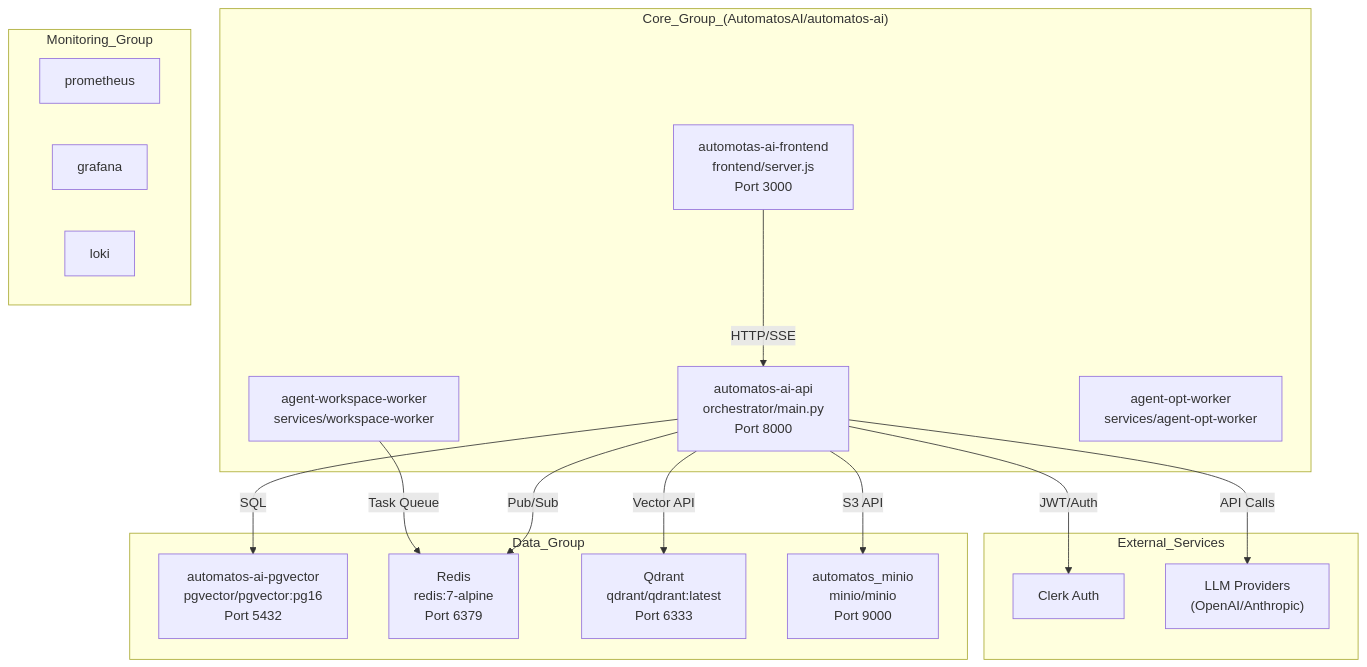
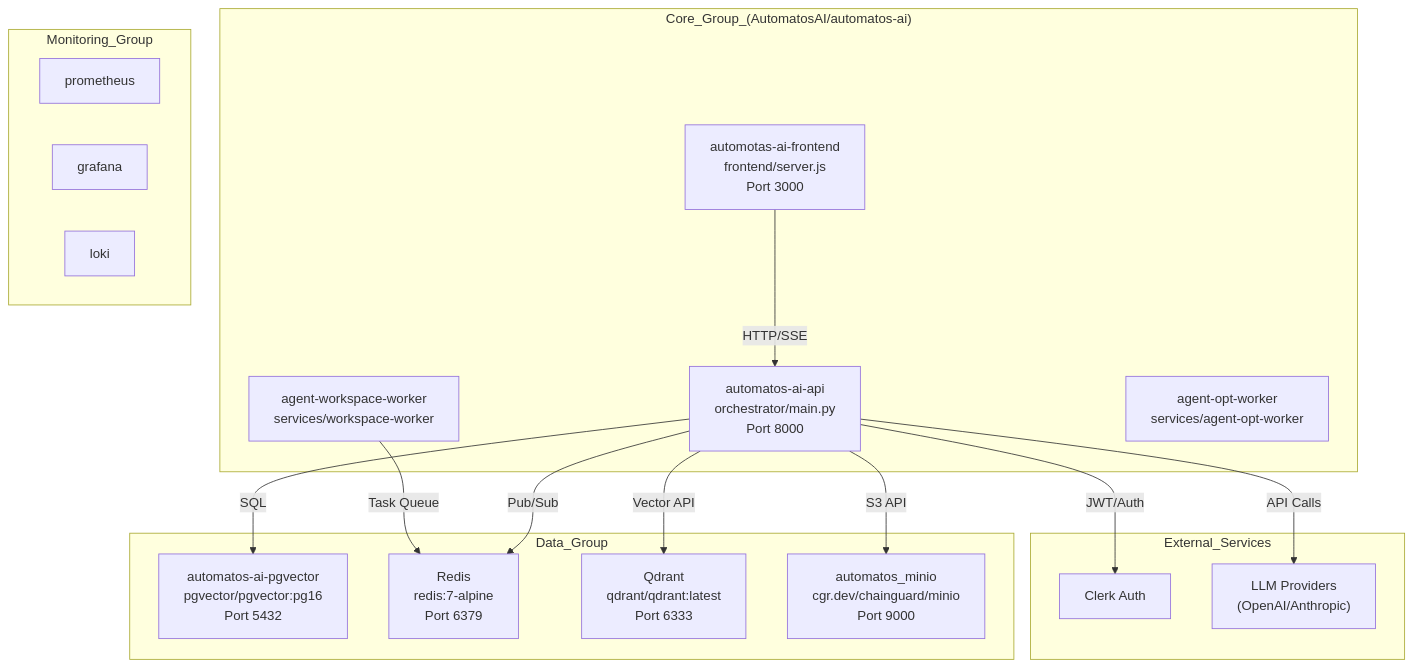
Before and after one commit to AutomatosAI/automatos-ai: the diagram in docs/deployment-infrastructure/_index.md, drawn with Mermaid. The commit also changed 8 other files, not shown here.

````diff
--- a/docs/deployment-infrastructure/_index.md
+++ b/docs/deployment-infrastructure/_index.md
@@ -44,36 +44,36 @@
 ```mermaid
 graph TB
     subgraph "Core_Group_(AutomatosAI/automatos-ai)"
         API["automatos-ai-api<br/>orchestrator/main.py<br/>Port 8000"]
         UI["automotas-ai-frontend<br/>frontend/server.js<br/>Port 3000"]
         WorkWorker["agent-workspace-worker<br/>services/workspace-worker"]
         OptWorker["agent-opt-worker<br/>services/agent-opt-worker"]
     end
     
     subgraph "Data_Group"
         PG["automatos-ai-pgvector<br/>pgvector/pgvector:pg16<br/>Port 5432"]
         Redis["Redis<br/>redis:7-alpine<br/>Port 6379"]
         Qdrant["Qdrant<br/>qdrant/qdrant:latest<br/>Port 6333"]
-        MinIO["automatos_minio<br/>minio/minio<br/>Port 9000"]
+        MinIO["automatos_minio<br/>cgr.dev/chainguard/minio<br/>Port 9000"]
     end
     
     subgraph "Monitoring_Group"
         Prom["prometheus"]
         Grafana["grafana"]
         Loki["loki"]
     end
 
     subgraph "External_Services"
         Clerk["Clerk Auth"]
         LLM["LLM Providers<br/>(OpenAI/Anthropic)"]
     end
     
     UI -->|"HTTP/SSE"| API
     API -->|"SQL"| PG
     API -->|"Pub/Sub"| Redis
     API -->|"Vector API"| Qdrant
     API -->|"S3 API"| MinIO
     WorkWorker -->|"Task Queue"| Redis
     API -->|"JWT/Auth"| Clerk
     API -->|"API Calls"| LLM
 ```
````
